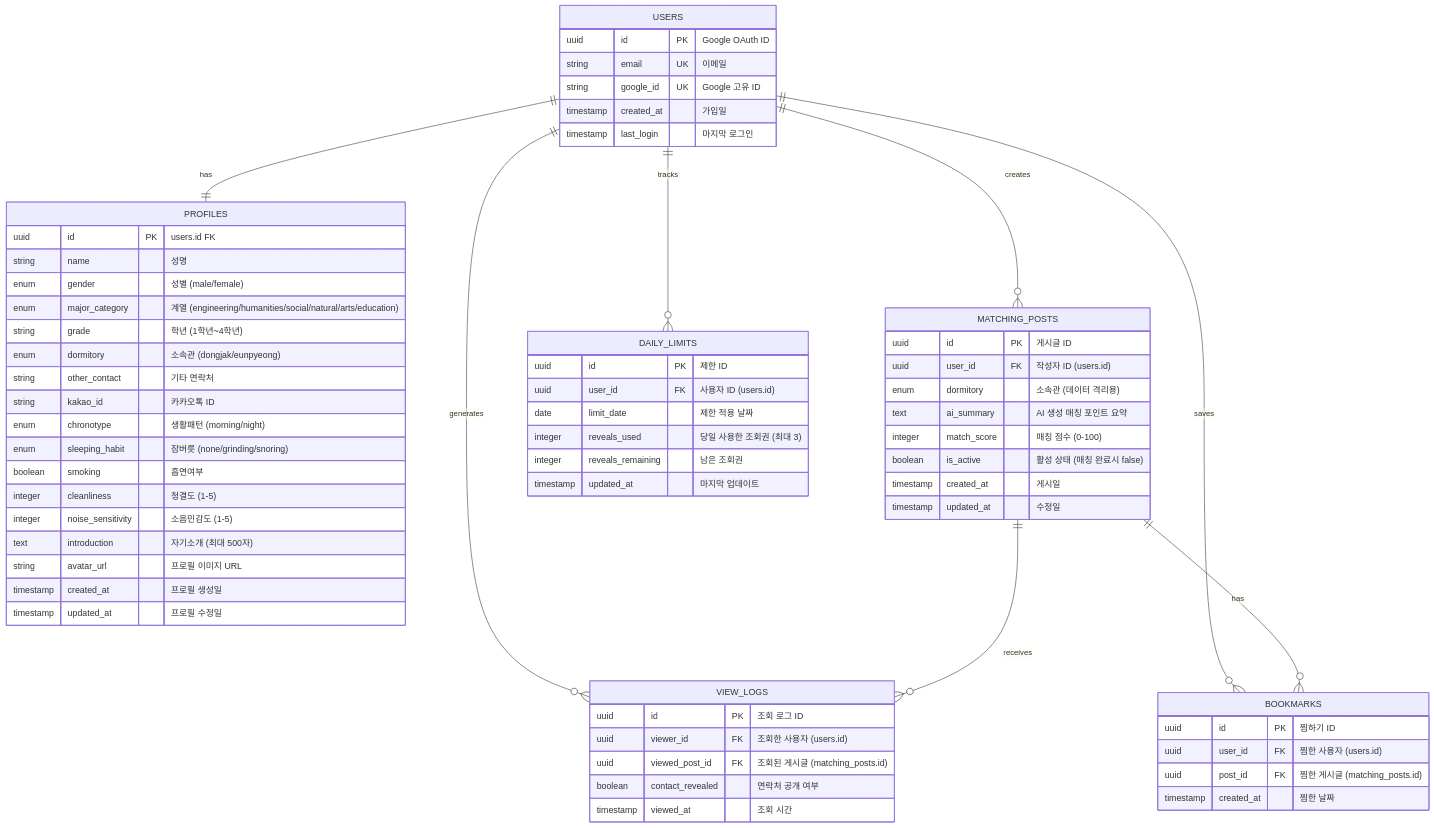
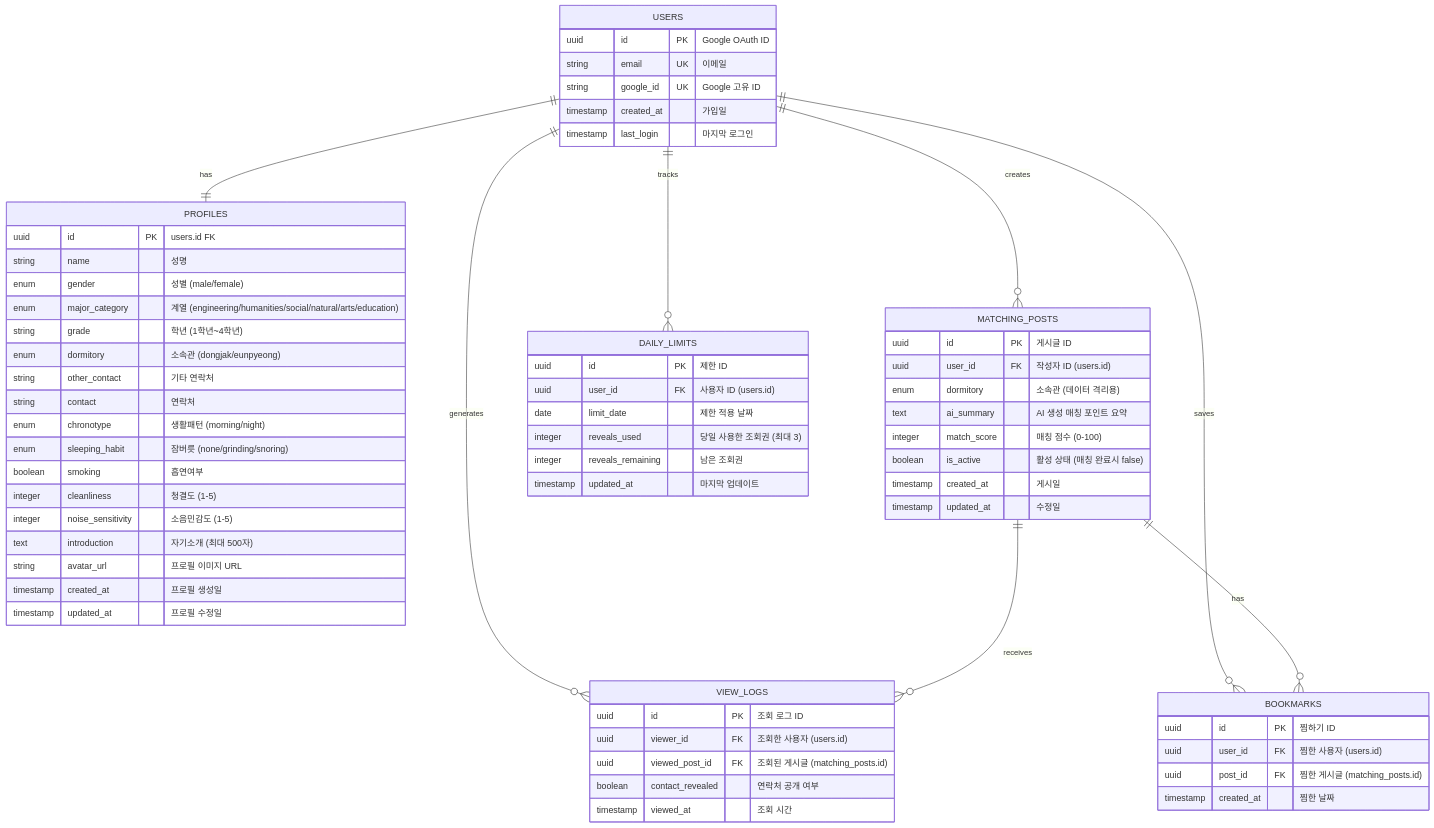
One commit to yxxndxxn/matching-me changed the third of 3 diagrams in docs/architecture/FLOW.md. Above: the diagram before and after it, drawn with Mermaid. The commit also changed 19 other files, not shown here.

````diff
--- a/docs/architecture/FLOW.md
+++ b/docs/architecture/FLOW.md
@@ -166,74 +166,74 @@
 ```mermaid
 erDiagram
     USERS ||--|| PROFILES : has
     USERS ||--o{ MATCHING_POSTS : creates
     USERS ||--o{ VIEW_LOGS : generates
     USERS ||--o{ BOOKMARKS : saves
     MATCHING_POSTS ||--o{ VIEW_LOGS : receives
     MATCHING_POSTS ||--o{ BOOKMARKS : has
 
     USERS {
         uuid id PK "Google OAuth ID"
         string email UK "이메일"
         string google_id UK "Google 고유 ID"
         timestamp created_at "가입일"
         timestamp last_login "마지막 로그인"
     }
 
     PROFILES {
         uuid id PK "users.id FK"
         string name "성명"
         enum gender "성별 (male/female)"
         enum major_category "계열 (engineering/humanities/social/natural/arts/education)"
         string grade "학년 (1학년~4학년)"
         enum dormitory "소속관 (dongjak/eunpyeong)"
         string other_contact "기타 연락처"
-        string kakao_id "카카오톡 ID"
+        string contact "연락처"
         enum chronotype "생활패턴 (morning/night)"
         enum sleeping_habit "잠버릇 (none/grinding/snoring)"
         boolean smoking "흡연여부"
         integer cleanliness "청결도 (1-5)"
         integer noise_sensitivity "소음민감도 (1-5)"
         text introduction "자기소개 (최대 500자)"
         string avatar_url "프로필 이미지 URL"
         timestamp created_at "프로필 생성일"
         timestamp updated_at "프로필 수정일"
     }
 
     MATCHING_POSTS {
         uuid id PK "게시글 ID"
         uuid user_id FK "작성자 ID (users.id)"
         enum dormitory "소속관 (데이터 격리용)"
         text ai_summary "AI 생성 매칭 포인트 요약"
         integer match_score "매칭 점수 (0-100)"
         boolean is_active "활성 상태 (매칭 완료시 false)"
         timestamp created_at "게시일"
         timestamp updated_at "수정일"
     }
 
     VIEW_LOGS {
         uuid id PK "조회 로그 ID"
         uuid viewer_id FK "조회한 사용자 (users.id)"
         uuid viewed_post_id FK "조회된 게시글 (matching_posts.id)"
         boolean contact_revealed "연락처 공개 여부"
         timestamp viewed_at "조회 시간"
     }
 
     BOOKMARKS {
         uuid id PK "찜하기 ID"
         uuid user_id FK "찜한 사용자 (users.id)"
         uuid post_id FK "찜한 게시글 (matching_posts.id)"
         timestamp created_at "찜한 날짜"
     }
 
     DAILY_LIMITS {
         uuid id PK "제한 ID"
         uuid user_id FK "사용자 ID (users.id)"
         date limit_date "제한 적용 날짜"
         integer reveals_used "당일 사용한 조회권 (최대 3)"
         integer reveals_remaining "남은 조회권"
         timestamp updated_at "마지막 업데이트"
     }
 
     USERS ||--o{ DAILY_LIMITS : tracks
 ```
````
